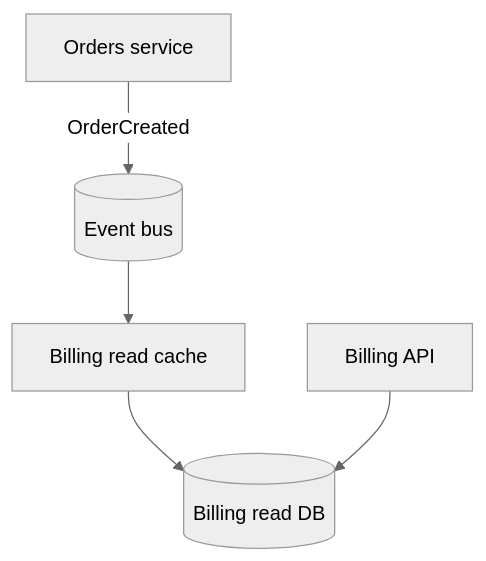
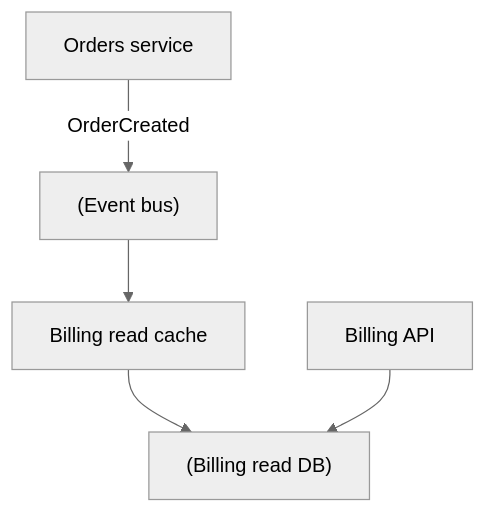
One commit to DDoSKudya/ai-study-atlas changed the second of 3 diagrams in directions/architecture/pact/09_backend_mikroservisy/05_9_5_platform_patterny_i_distributed_monolith_kak_ne_slomat_sistemu.md. Above: the diagram before and after it, drawn with Mermaid (neutral theme). The commit also changed other lines of this file and 322 other files, not shown here.

Commit message:
fix(docs): make mermaid diagrams GitHub-compatible across directions content

````diff
--- a/directions/architecture/pact/09_backend_mikroservisy/05_9_5_platform_patterny_i_distributed_monolith_kak_ne_slomat_sistemu.md
+++ b/directions/architecture/pact/09_backend_mikroservisy/05_9_5_platform_patterny_i_distributed_monolith_kak_ne_slomat_sistemu.md
@@ -140,7 +140,7 @@
 ```mermaid
 graph TB
-  Orders[Orders service] -->|OrderCreated| Bus[(Event bus)]
-  Bus --> BillingRead[Billing read cache]
-  BillingRead --> BRDB[(Billing read DB)]
-  BillingAPI[Billing API] --> BRDB
+  Orders["Orders service"] -->|OrderCreated| Bus["(Event bus)"]
+  Bus --> BillingRead["Billing read cache"]
+  BillingRead --> BRDB["(Billing read DB)"]
+  BillingAPI["Billing API"] --> BRDB
 ```
````
